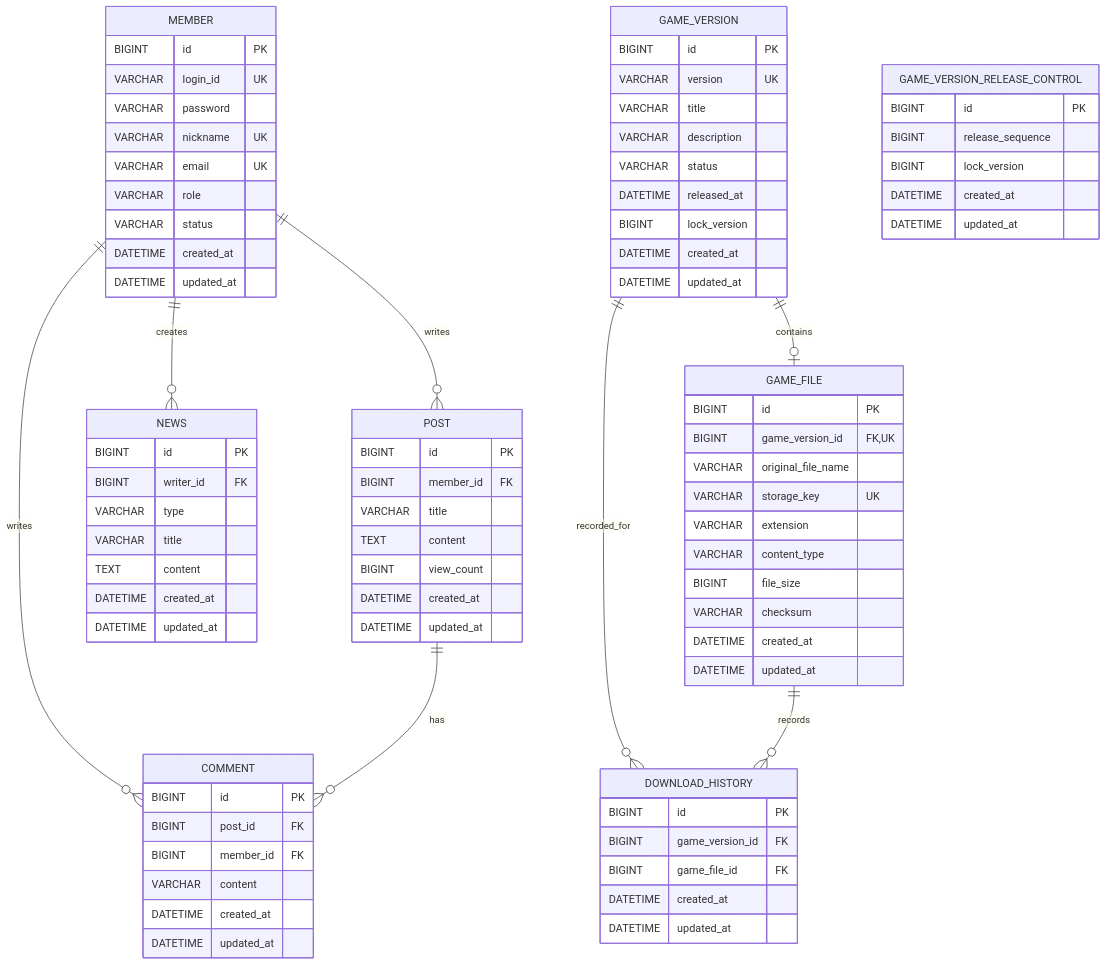
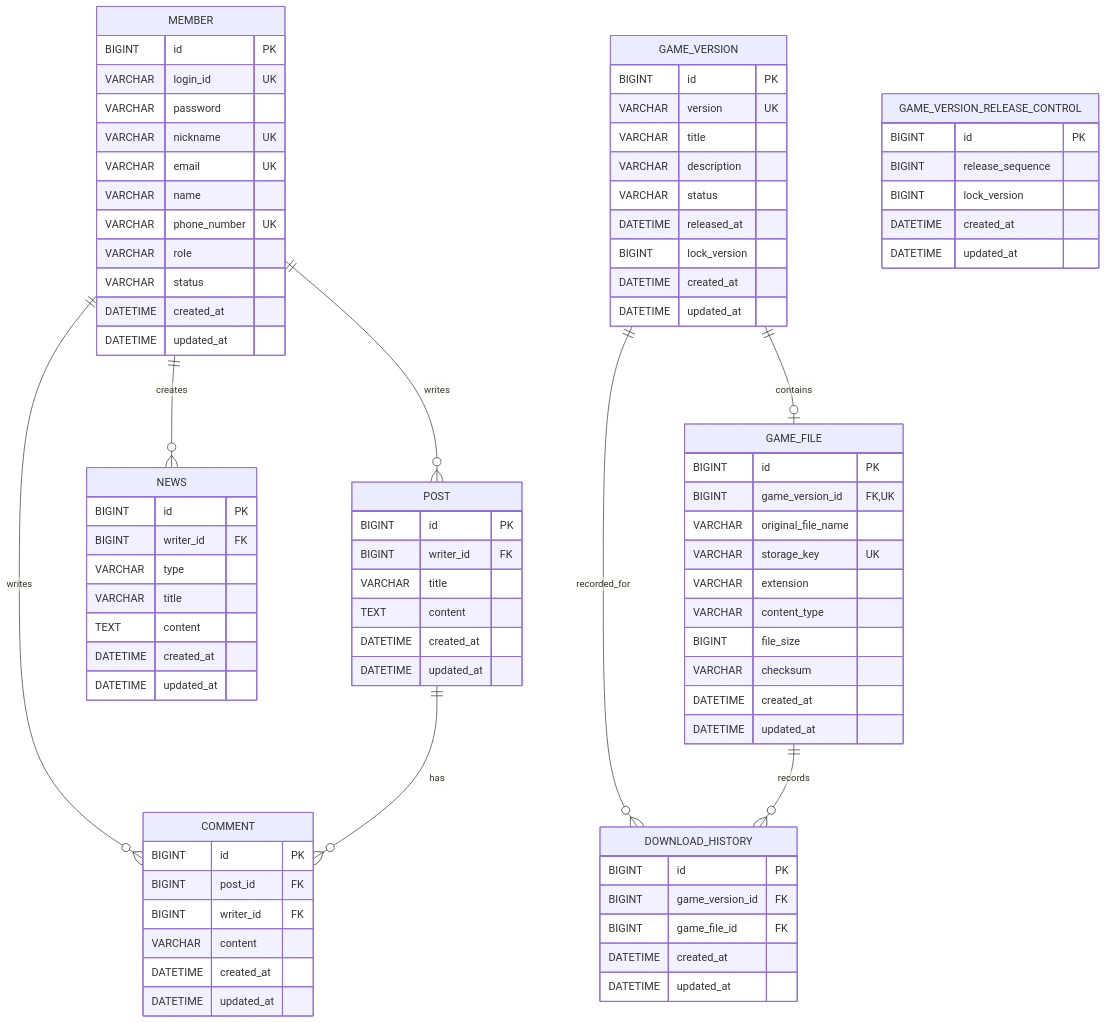
The diagram in docs/04_ERD.md (Jmin0613/Jexon), drawn with Mermaid before and after one commit. The commit also changed other lines of this file and 5 other files, not shown here.

```diff
--- a/docs/04_ERD.md
+++ b/docs/04_ERD.md
@@ -340,6 +337,8 @@
         VARCHAR password
         VARCHAR nickname UK
         VARCHAR email UK
+        VARCHAR name
+        VARCHAR phone_number UK
         VARCHAR role
         VARCHAR status
         DATETIME created_at
@@ -348,10 +347,9 @@
 
     POST {
         BIGINT id PK
-        BIGINT member_id FK
+        BIGINT writer_id FK
         VARCHAR title
         TEXT content
-        BIGINT view_count
         DATETIME created_at
         DATETIME updated_at
     }
@@ -359,7 +357,7 @@
     COMMENT {
         BIGINT id PK
         BIGINT post_id FK
-        BIGINT member_id FK
+        BIGINT writer_id FK
         VARCHAR content
         DATETIME created_at
         DATETIME updated_at
```
